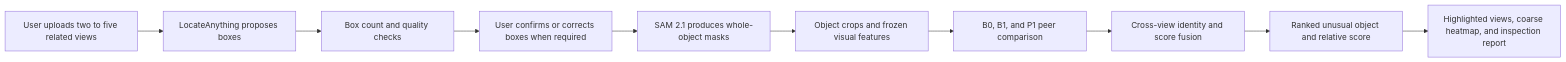
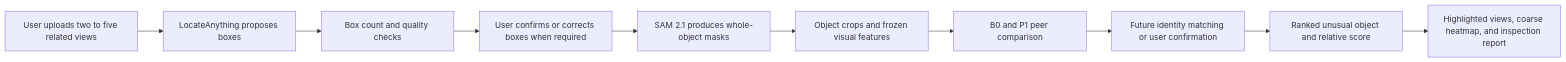
Before and after one commit to Industry-Project-UTS/visual-peer-inspector: the second of 2 diagrams in docs/architecture.md, drawn with Mermaid. The commit also changed other lines of this file and 135 other files, not shown here.

````diff
--- a/docs/architecture.md
+++ b/docs/architecture.md
@@ -49,12 +47,12 @@
 ```mermaid
 flowchart LR
     A["User uploads two to five related views"] --> B["LocateAnything proposes boxes"]
     B --> C["Box count and quality checks"]
     C --> D["User confirms or corrects boxes when required"]
     D --> E["SAM 2.1 produces whole-object masks"]
     E --> F["Object crops and frozen visual features"]
-    F --> G["B0, B1, and P1 peer comparison"]
-    G --> H["Cross-view identity and score fusion"]
+    F --> G["B0 and P1 peer comparison"]
+    G --> H["Future identity matching or user confirmation"]
     H --> I["Ranked unusual object and relative score"]
     I --> J["Highlighted views, coarse heatmap, and inspection report"]
 ```
````
